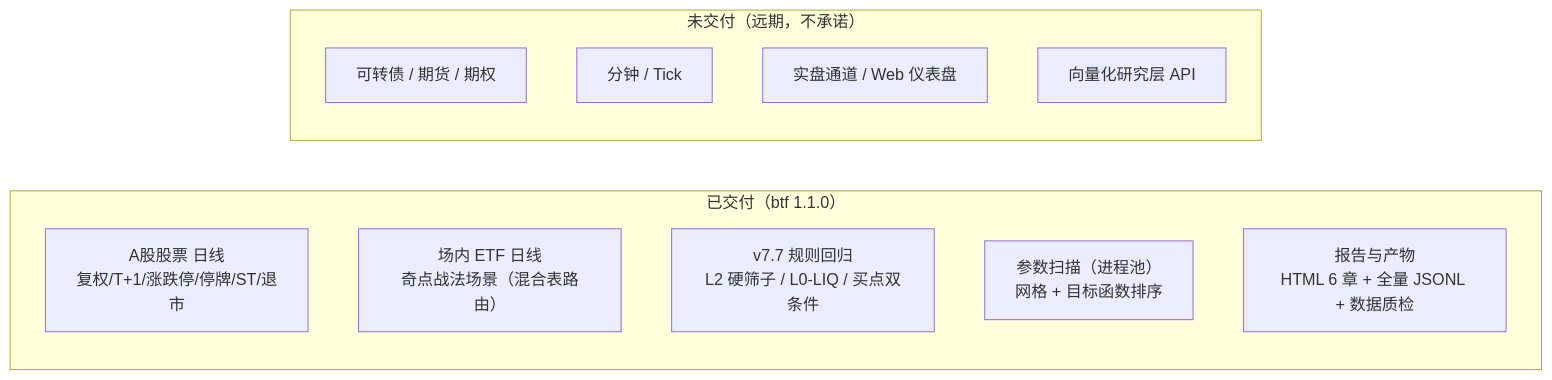
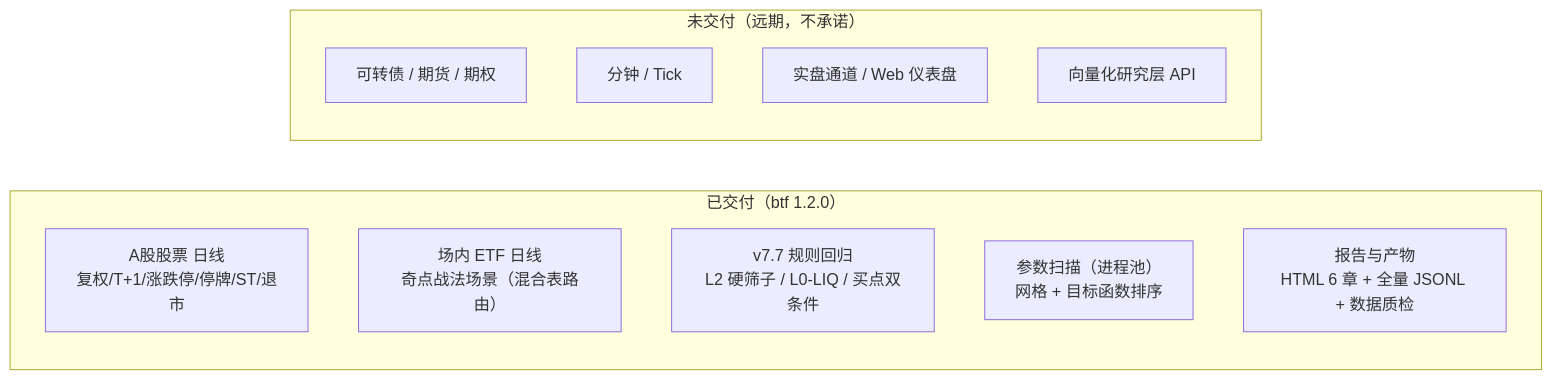
Before and after one commit to 1716250001/quant-strategy-infrastructure: the diagram in 代码架构/回测工具架构/01-总览与定位.md, drawn with Mermaid. The commit also changed other lines of this file and 130 other files, not shown here.

````diff
--- a/代码架构/回测工具架构/01-总览与定位.md
+++ b/代码架构/回测工具架构/01-总览与定位.md
@@ -114,16 +125,16 @@
 ```mermaid
 flowchart LR
-    subgraph 已交付["已交付（btf 1.1.0）"]
+    subgraph 已交付["已交付（btf 1.2.0）"]
         A1["A股股票 日线<br/>复权/T+1/涨跌停/停牌/ST/退市"]
         A2["场内 ETF 日线<br/>奇点战法场景（混合表路由）"]
         A3["v7.7 规则回归<br/>L2 硬筛子 / L0-LIQ / 买点双条件"]
         A4["参数扫描（进程池）<br/>网格 + 目标函数排序"]
         A5["报告与产物<br/>HTML 6 章 + 全量 JSONL + 数据质检"]
     end
     subgraph 未交付["未交付（远期，不承诺）"]
         B1["可转债 / 期货 / 期权"]
         B2["分钟 / Tick"]
         B3["实盘通道 / Web 仪表盘"]
         B4["向量化研究层 API"]
     end
 ```
````
